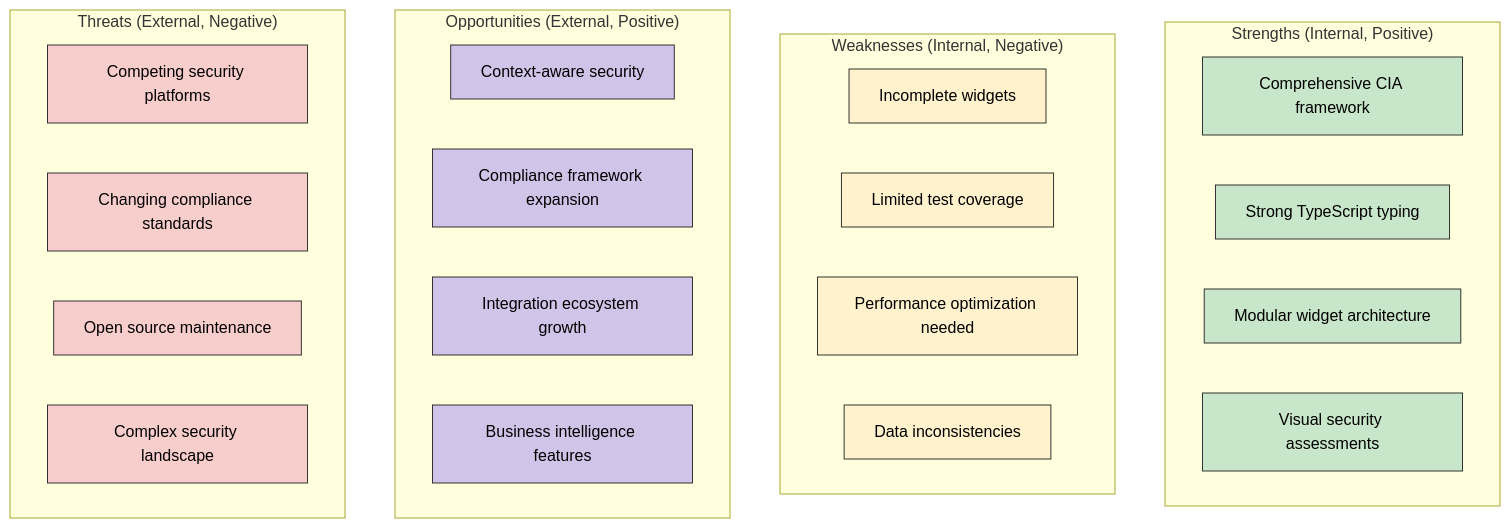
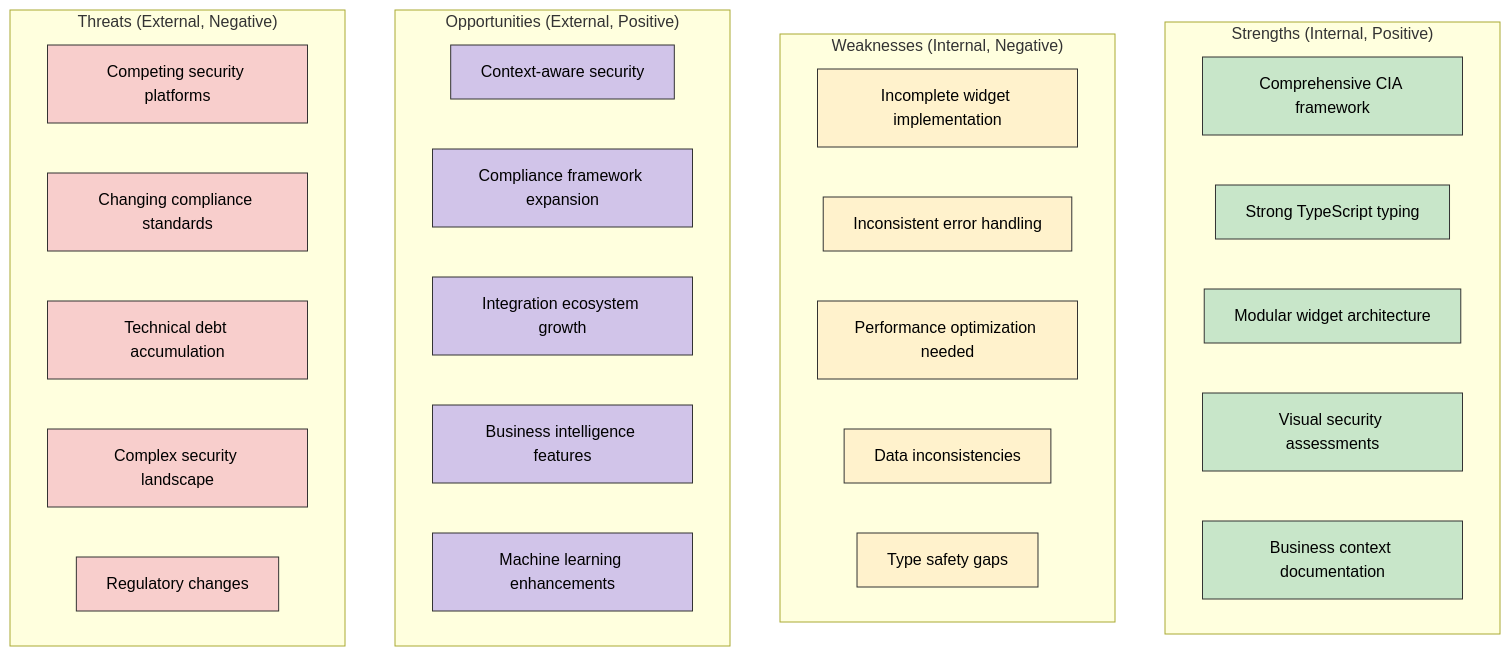
Before and after one commit to Hack23/cia-compliance-manager: the second of 6 diagrams in docs/architecture/SWOT.md, drawn with Mermaid. The commit also changed other lines of this file and 5 other files, not shown here.

````diff
--- a/docs/architecture/SWOT.md
+++ b/docs/architecture/SWOT.md
@@ -71,41 +71,45 @@
 ```mermaid
 graph TD
     subgraph "Strengths (Internal, Positive)"
         S1["Comprehensive CIA framework"]
         S2["Strong TypeScript typing"]
         S3["Modular widget architecture"]
         S4["Visual security assessments"]
+        S5["Business context documentation"]
     end
 
     subgraph "Weaknesses (Internal, Negative)"
-        W1["Incomplete widgets"]
-        W2["Limited test coverage"]
+        W1["Incomplete widget implementation"]
+        W2["Inconsistent error handling"]
         W3["Performance optimization needed"]
         W4["Data inconsistencies"]
+        W5["Type safety gaps"]
     end
 
     subgraph "Opportunities (External, Positive)"
         O1["Context-aware security"]
         O2["Compliance framework expansion"]
         O3["Integration ecosystem growth"]
         O4["Business intelligence features"]
+        O5["Machine learning enhancements"]
     end
 
     subgraph "Threats (External, Negative)"
         T1["Competing security platforms"]
         T2["Changing compliance standards"]
-        T3["Open source maintenance"]
+        T3["Technical debt accumulation"]
         T4["Complex security landscape"]
+        T5["Regulatory changes"]
     end
 
     %% Style
     classDef strengths fill:#c8e6c9,stroke:#333,stroke-width:1px,color:black
     classDef weaknesses fill:#fff2cc,stroke:#333,stroke-width:1px,color:black
     classDef opportunities fill:#d1c4e9,stroke:#333,stroke-width:1px,color:black
     classDef threats fill:#f8cecc,stroke:#333,stroke-width:1px,color:black
 
-    class S1,S2,S3,S4 strengths
-    class W1,W2,W3,W4 weaknesses
-    class O1,O2,O3,O4 opportunities
-    class T1,T2,T3,T4 threats
+    class S1,S2,S3,S4,S5 strengths
+    class W1,W2,W3,W4,W5 weaknesses
+    class O1,O2,O3,O4,O5 opportunities
+    class T1,T2,T3,T4,T5 threats
 ```
````
